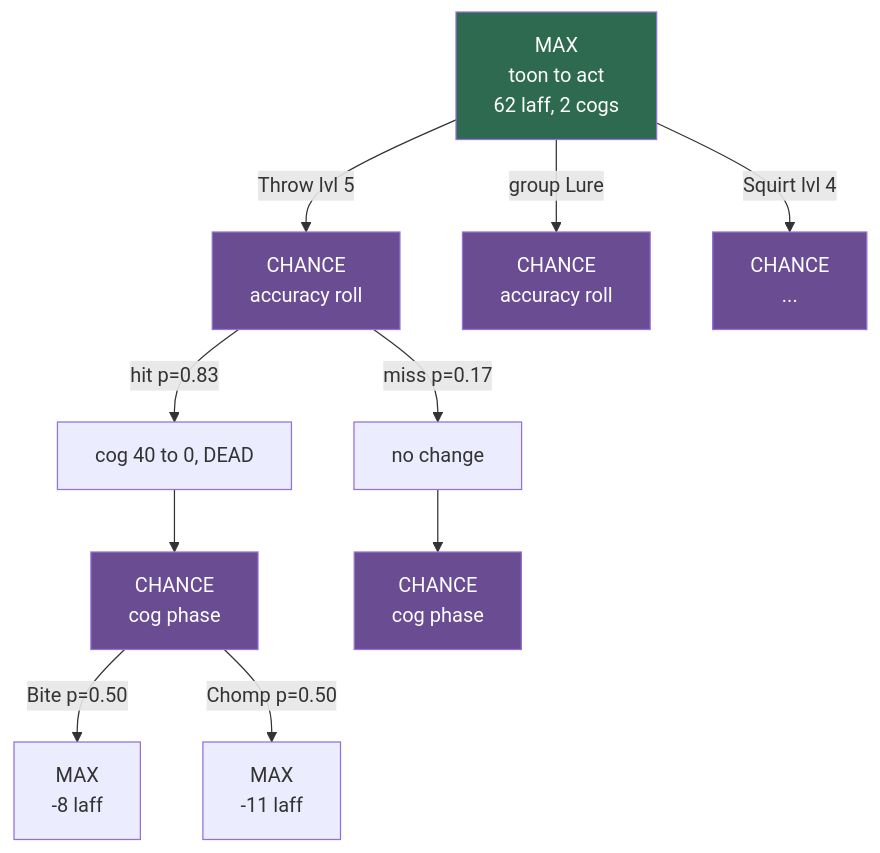
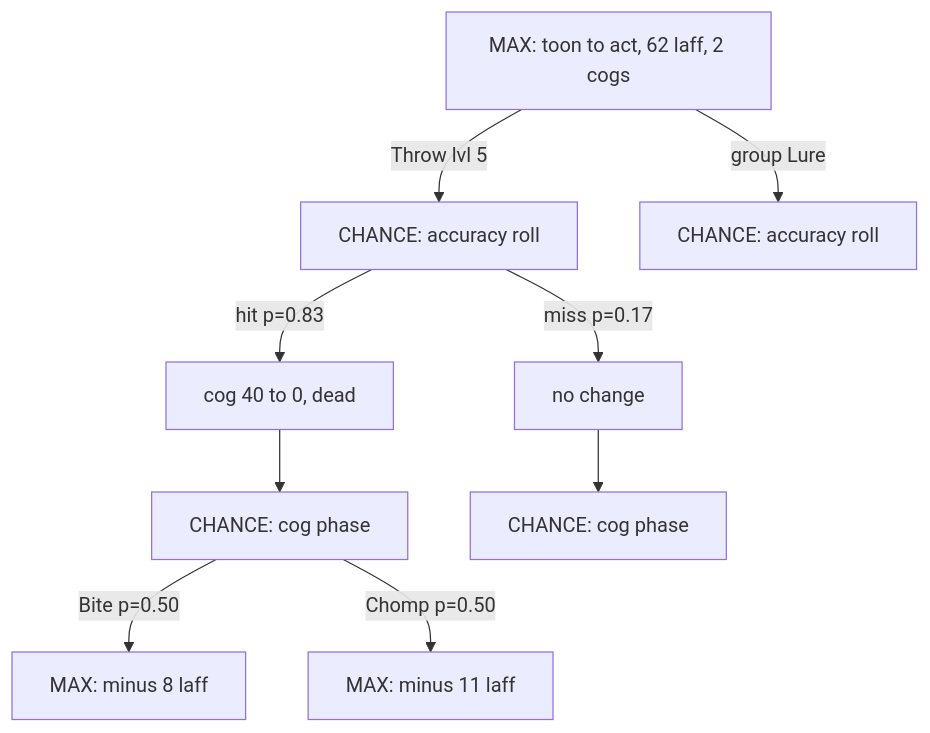
The first of 6 diagrams in README.md (Angle-Brackets/TTRSolver), drawn with Mermaid before and after one commit. The commit also changed other lines of this file, not shown here.

First line of the commit message:
README: drop the sermon, document training, plain-text diagrams

````diff
--- a/README.md
+++ b/README.md
@@ -106,24 +83,12 @@
 ```mermaid
-graph TD
-    S["MAX<br/>toon to act<br/>62 laff, 2 cogs"]
-
-    S -->|"Throw lvl 5"| A["CHANCE<br/>accuracy roll"]
-    S -->|"group Lure"| B["CHANCE<br/>accuracy roll"]
-    S -->|"Squirt lvl 4"| C["CHANCE<br/>..."]
-
-    A -->|"hit  p=0.83"| A1["cog 40 to 0, DEAD"]
-    A -->|"miss p=0.17"| A2["no change"]
-
-    A1 --> D["CHANCE<br/>cog phase"]
-    A2 --> E["CHANCE<br/>cog phase"]
-
-    D -->|"Bite  p=0.50"| D1["MAX<br/>-8 laff"]
-    D -->|"Chomp p=0.50"| D2["MAX<br/>-11 laff"]
-
-    style S fill:#2d6a4f,color:#fff
-    style A fill:#6a4c93,color:#fff
-    style B fill:#6a4c93,color:#fff
-    style C fill:#6a4c93,color:#fff
-    style D fill:#6a4c93,color:#fff
-    style E fill:#6a4c93,color:#fff
+flowchart TD
+    S[MAX: toon to act, 62 laff, 2 cogs]
+    S -->|Throw lvl 5| A[CHANCE: accuracy roll]
+    S -->|group Lure| B[CHANCE: accuracy roll]
+    A -->|hit p=0.83| A1[cog 40 to 0, dead]
+    A -->|miss p=0.17| A2[no change]
+    A1 --> D[CHANCE: cog phase]
+    A2 --> E[CHANCE: cog phase]
+    D -->|Bite p=0.50| D1[MAX: minus 8 laff]
+    D -->|Chomp p=0.50| D2[MAX: minus 11 laff]
 ```
````
